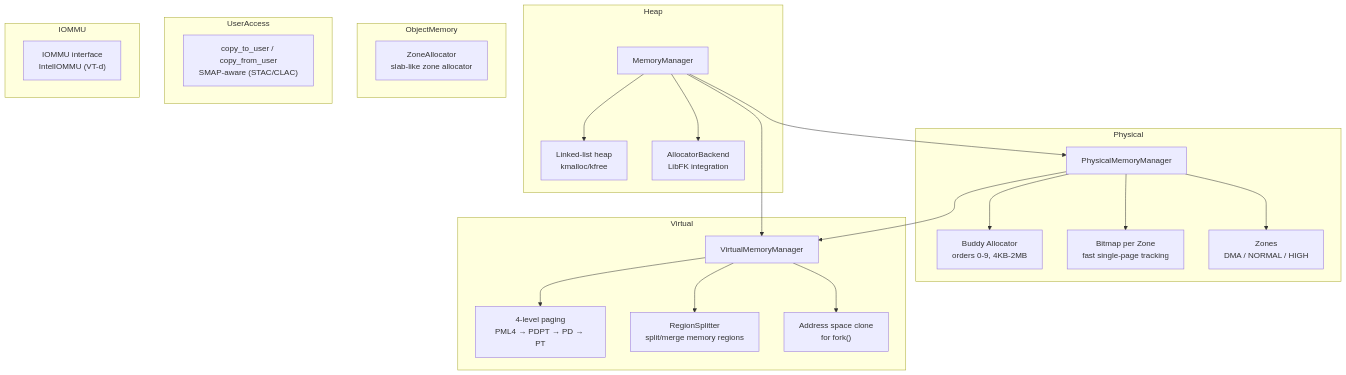
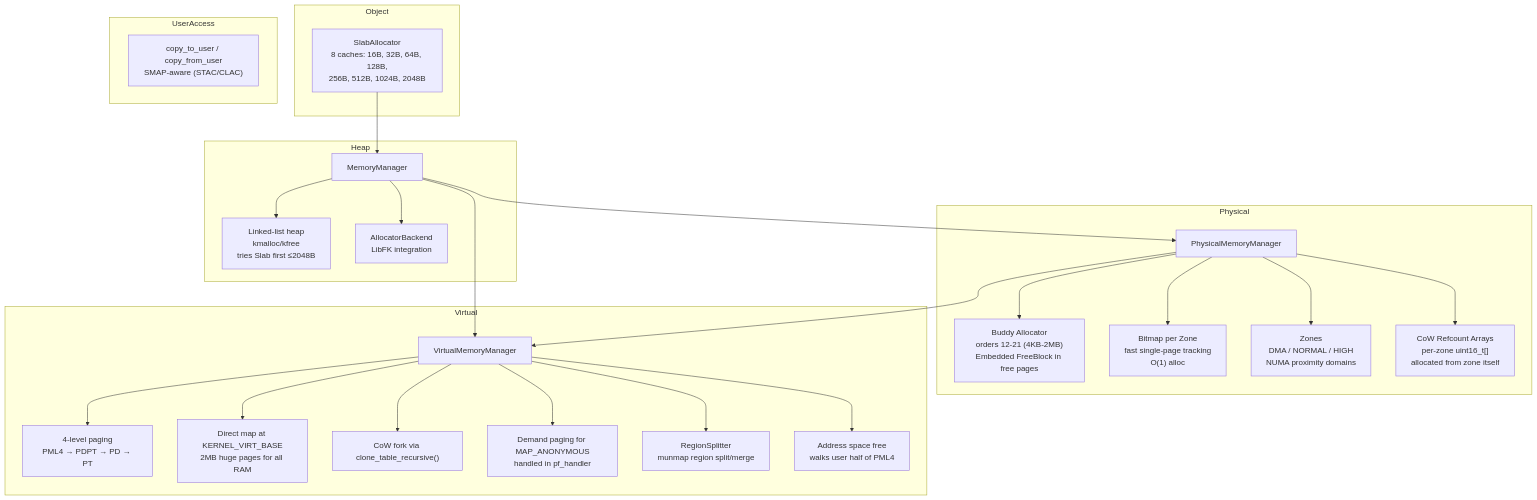
One commit to KitsuneBSD/FKernel changed the diagram in Docs/Kernel/Memory/README.md. Above: the diagram before and after it, drawn with Mermaid. The commit also changed other lines of this file and 15 other files, not shown here.

Commit message:
docs: update TODO.md and architecture documentation for session 12

````diff
--- a/Docs/Kernel/Memory/README.md
+++ b/Docs/Kernel/Memory/README.md
@@ -9,35 +9,39 @@
 ```mermaid
 flowchart TD
     subgraph Physical
-        A["PhysicalMemoryManager"] --> B["Buddy Allocator<br/>orders 0-9, 4KB-2MB"]
-        A --> C["Bitmap per Zone<br/>fast single-page tracking"]
-        A --> D["Zones<br/>DMA / NORMAL / HIGH"]
+        A["PhysicalMemoryManager"]
+        A --> B["Buddy Allocator<br/>orders 12-21 (4KB-2MB)<br/>Embedded FreeBlock in free pages"]
+        A --> C["Bitmap per Zone<br/>fast single-page tracking<br/>O(1) alloc"]
+        A --> D["Zones<br/>DMA / NORMAL / HIGH<br/>NUMA proximity domains"]
+        A --> E["CoW Refcount Arrays<br/>per-zone uint16_t[]<br/>allocated from zone itself"]
+    end
+
+    subgraph Object
+        F["SlabAllocator<br/>8 caches: 16B, 32B, 64B, 128B,<br/>256B, 512B, 1024B, 2048B"]
     end
 
     subgraph Virtual
-        E["VirtualMemoryManager"] --> F["4-level paging<br/>PML4 → PDPT → PD → PT"]
-        E --> G["RegionSplitter<br/>split/merge memory regions"]
-        E --> H["Address space clone<br/>for fork()"]
+        G["VirtualMemoryManager"]
+        G --> H["4-level paging<br/>PML4 → PDPT → PD → PT"]
+        G --> I["Direct map at KERNEL_VIRT_BASE<br/>2MB huge pages for all RAM"]
+        G --> J["CoW fork via clone_table_recursive()"]
+        G --> K["Demand paging for MAP_ANONYMOUS<br/>handled in pf_handler"]
+        G --> L["RegionSplitter<br/>munmap region split/merge"]
+        G --> M["Address space free<br/>walks user half of PML4"]
     end
 
     subgraph Heap
-        I["MemoryManager"] --> J["Linked-list heap<br/>kmalloc/kfree"]
-        I --> K["AllocatorBackend<br/>LibFK integration"]
-    end
-
-    subgraph ObjectMemory
-        L["ZoneAllocator<br/>slab-like zone allocator"]
+        N["MemoryManager"]
+        N --> O["Linked-list heap<br/>kmalloc/kfree<br/>tries Slab first ≤2048B"]
+        N --> P["AllocatorBackend<br/>LibFK integration"]
     end
 
     subgraph UserAccess
-        M["copy_to_user / copy_from_user<br/>SMAP-aware (STAC/CLAC)"]
+        Q["copy_to_user / copy_from_user<br/>SMAP-aware (STAC/CLAC)"]
     end
 
-    subgraph IOMMU
-        N["IOMMU interface<br/>IntelIOMMU (VT-d)"]
-    end
-
-    A --> E
-    I --> A
-    I --> E
+    A --> G
+    F --> N
+    N --> A
+    N --> G
 ```
````
